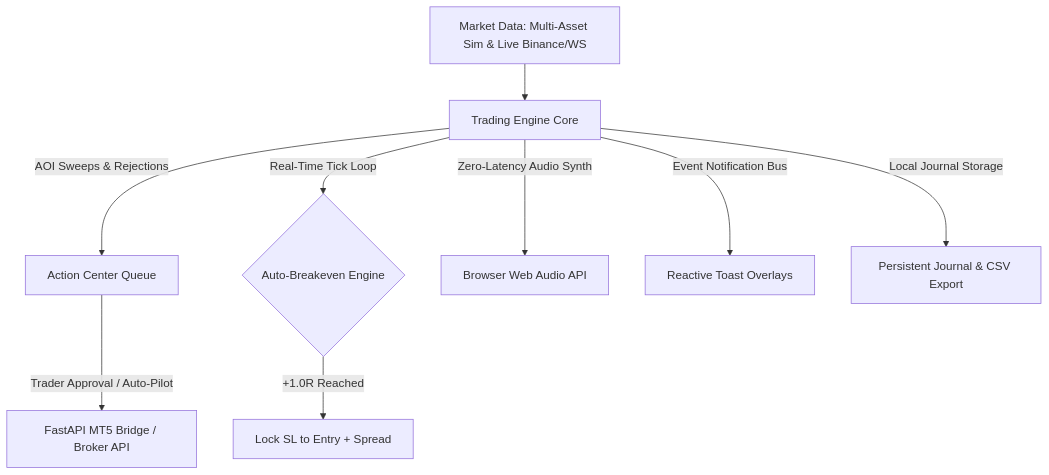
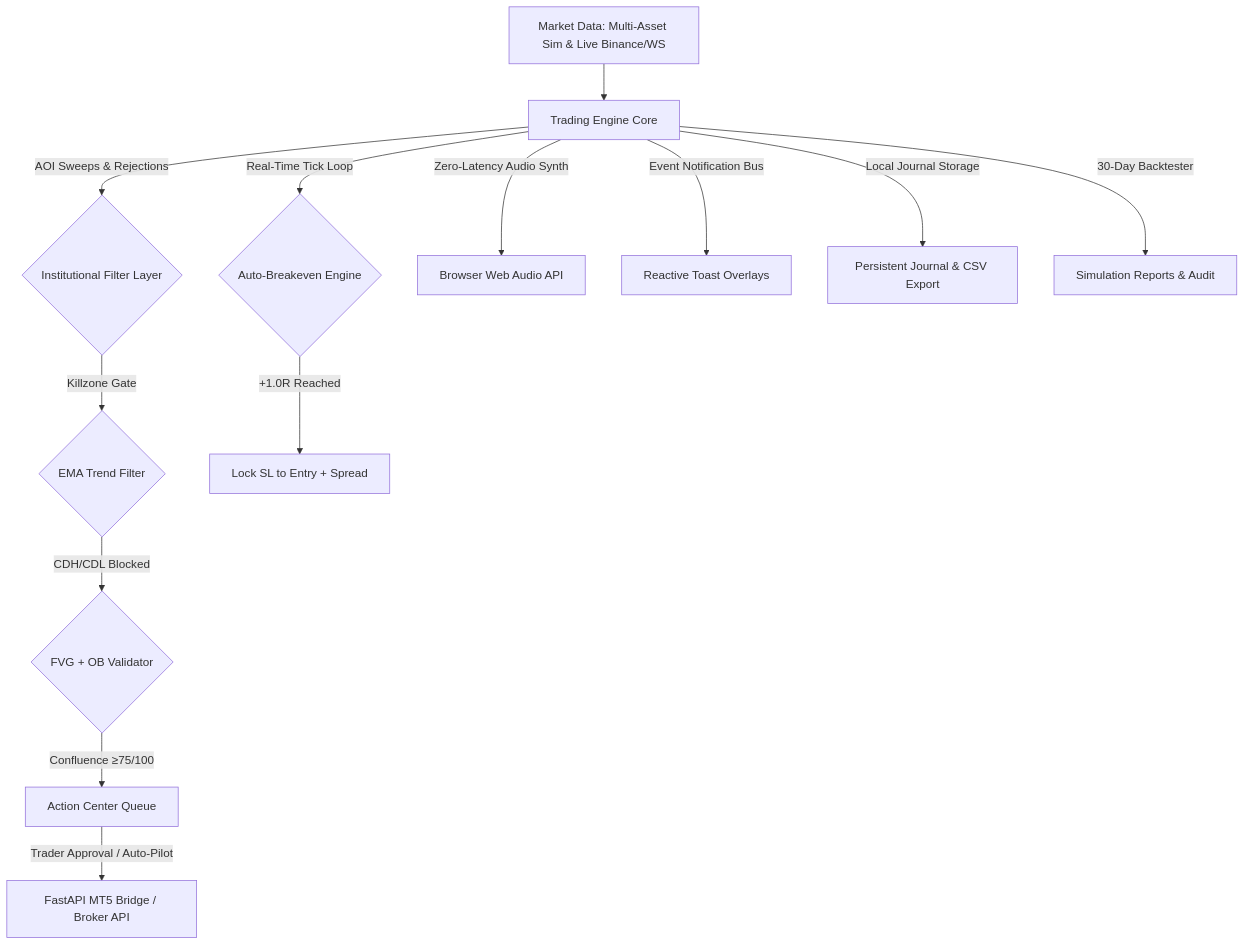
The diagram in README.md (zabid-coder/Trading-Flow), drawn with Mermaid before and after one commit. The commit also changed other lines of this file, not shown here.

Commit message:
docs: update README to v3.0 — institutional signal quality system, 5 filters, confluence scoring, backtest results, updated architecture

````diff
--- a/README.md
+++ b/README.md
@@ -16,11 +18,15 @@
 ```mermaid
 graph TD
     A[Market Data: Multi-Asset Sim & Live Binance/WS] --> B[Trading Engine Core]
-    B -->|AOI Sweeps & Rejections| C[Action Center Queue]
+    B -->|AOI Sweeps & Rejections| F1{Institutional Filter Layer}
+    F1 -->|Killzone Gate| F2{EMA Trend Filter}
+    F2 -->|CDH/CDL Blocked| F3{FVG + OB Validator}
+    F3 -->|Confluence ≥75/100| C[Action Center Queue]
     C -->|Trader Approval / Auto-Pilot| D[FastAPI MT5 Bridge / Broker API]
     B -->|Real-Time Tick Loop| E{Auto-Breakeven Engine}
-    E -->|+1.0R Reached| F[Lock SL to Entry + Spread]
-    B -->|Zero-Latency Audio Synth| G[Browser Web Audio API]
-    B -->|Event Notification Bus| H[Reactive Toast Overlays]
-    B -->|Local Journal Storage| I[Persistent Journal & CSV Export]
+    E -->|+1.0R Reached| G[Lock SL to Entry + Spread]
+    B -->|Zero-Latency Audio Synth| H[Browser Web Audio API]
+    B -->|Event Notification Bus| I[Reactive Toast Overlays]
+    B -->|Local Journal Storage| J[Persistent Journal & CSV Export]
+    B -->|30-Day Backtester| K[Simulation Reports & Audit]
 ```
````
